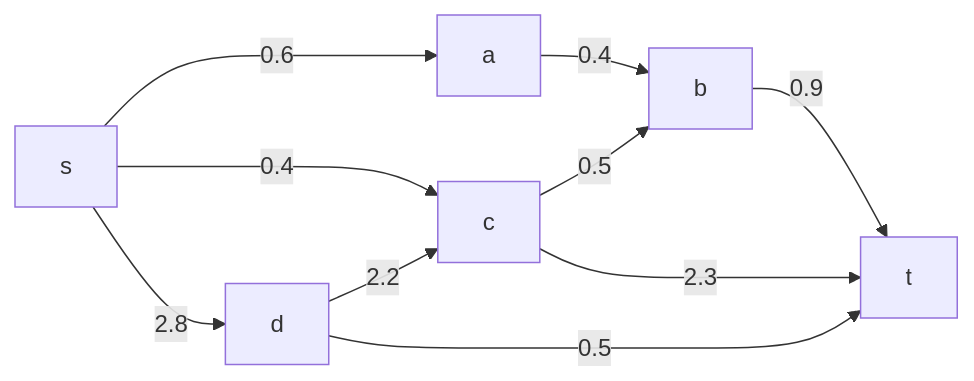
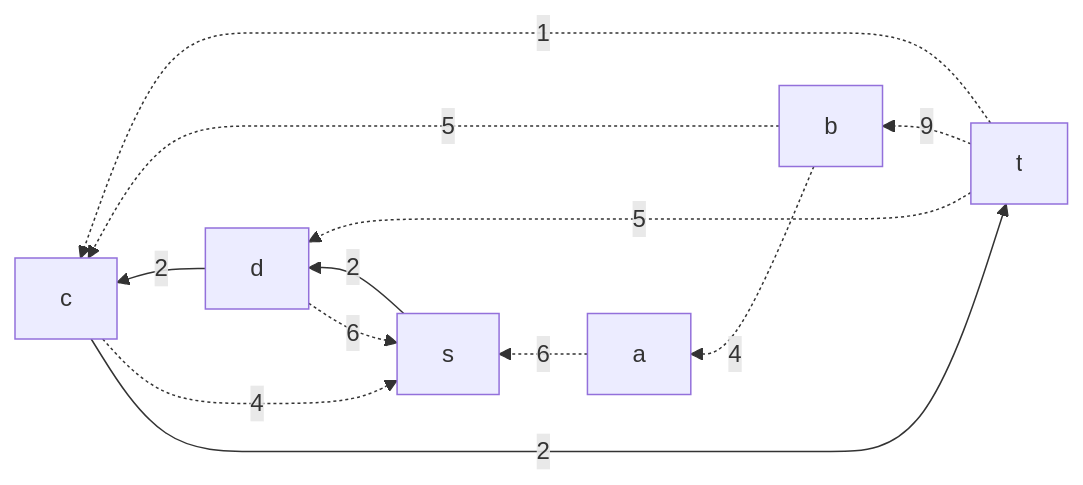
The third of 11 diagrams in task-9/catsVSalgos_V2.md (hse-algo-24-owl/manual-tasks-owl), drawn with Mermaid before and after one commit. The commit also changed other lines of this file, not shown here.

````diff
--- a/task-9/catsVSalgos_V2.md
+++ b/task-9/catsVSalgos_V2.md
@@ -60,12 +64,15 @@
 ```mermaid
-graph LR
-    s-->|0.6|a
-    s-->|0.4|c
-    s-->|2.8|d
-    a-->|0.4|b
-    c-->|0.5|b
-    d-->|2.2|c
-    b-->|0.9|t
-    c-->|2.3|t
-    d-->|0.5|t
+graph RL
+    t-.->|9|b
+    t-.->|1|c
+    t-.->|5|d
+    b-.->|4|a
+    b-.->|5|c
+    c-.->|4|s
+    d-.->|6|s
+    a-.->|6|s
+
+    s-->|2|d
+    d-->|2|c
+    c-->|2|t
 ```
````
